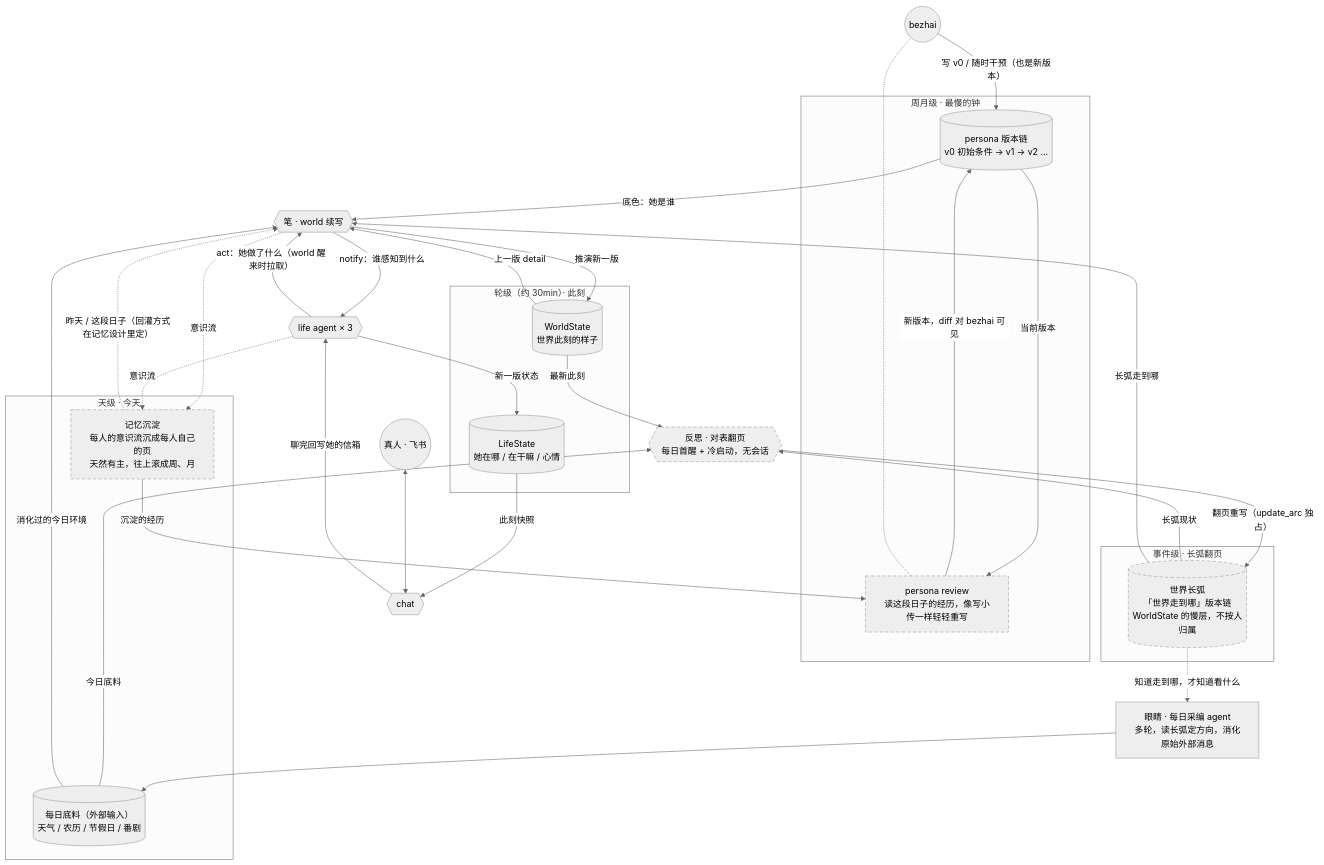
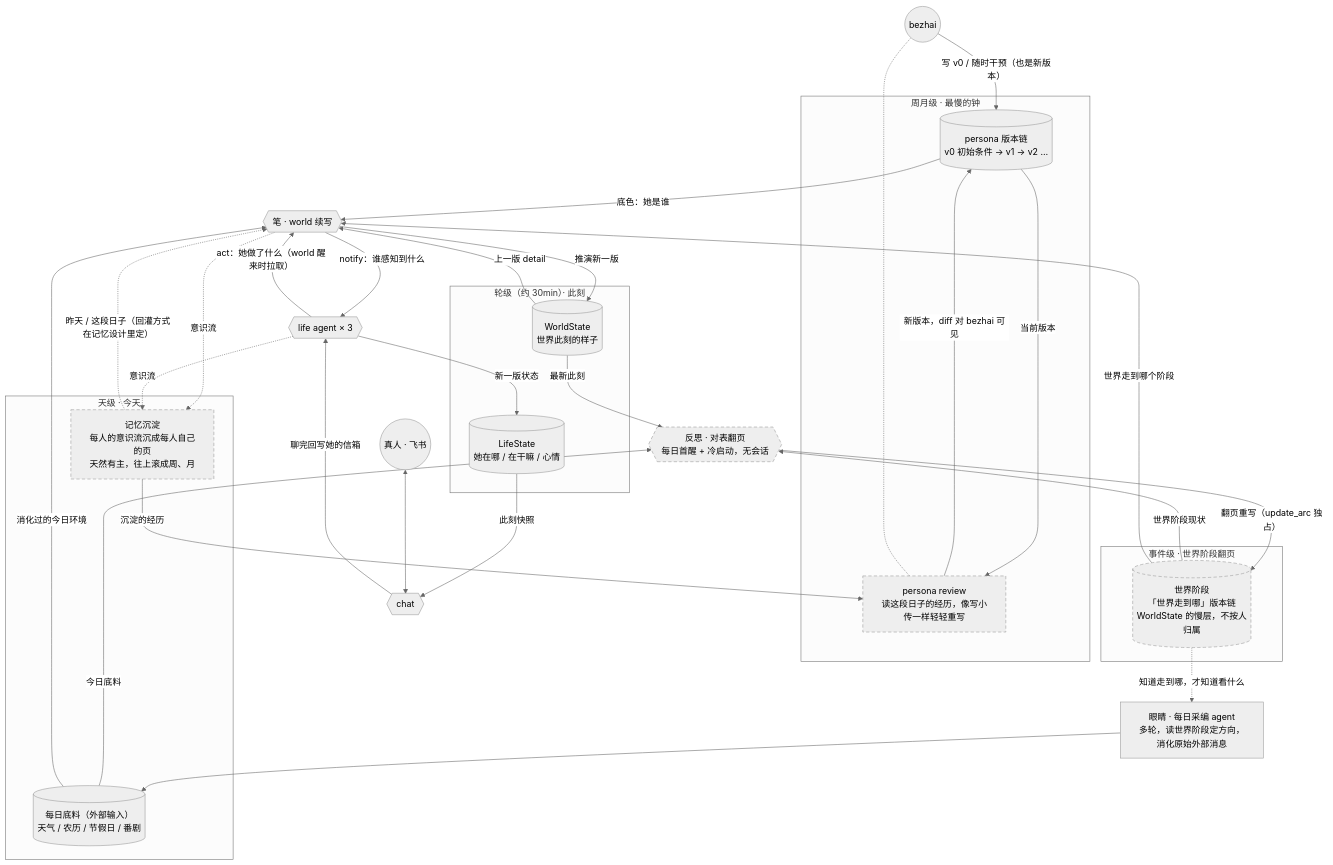
Before and after one commit to bezhai/chiwei-platform: the diagram in docs/plan/chiwei-living-world-design.md, drawn with Mermaid (neutral theme). The commit also changed other lines of this file and 15 other files, not shown here.

First line of the commit message:
refactor(agent-service): rename 长弧 to 世界阶段 in all Chinese wording

````diff
--- a/docs/plan/chiwei-living-world-design.md
+++ b/docs/plan/chiwei-living-world-design.md
@@ -63,65 +63,65 @@
 ```mermaid
 flowchart TB
     bezhai((bezhai))
     user((真人 · 飞书))
 
     subgraph slow ["周月级 · 最慢的钟"]
         persona[("persona 版本链<br/>v0 初始条件 → v1 → v2 …")]
         review["persona review<br/>读这段日子的经历，像写小传一样轻轻重写"]
     end
 
-    subgraph event ["事件级 · 长弧翻页"]
-        chapter[("世界长弧<br/>「世界走到哪」版本链<br/>WorldState 的慢层，不按人归属")]
+    subgraph event ["事件级 · 世界阶段翻页"]
+        chapter[("世界阶段<br/>「世界走到哪」版本链<br/>WorldState 的慢层，不按人归属")]
     end
 
     subgraph daily ["天级 · 今天"]
         materials[("每日底料（外部输入）<br/>天气 / 农历 / 节假日 / 番剧")]
         sediment["记忆沉淀<br/>每人的意识流沉成每人自己的页<br/>天然有主，往上滚成周、月"]
     end
 
     subgraph moment ["轮级（约 30min）· 此刻"]
         worldstate[("WorldState<br/>世界此刻的样子")]
         lifestate[("LifeState<br/>她在哪 / 在干嘛 / 心情")]
     end
 
-    fetch["眼睛 · 每日采编 agent<br/>多轮，读长弧定方向，消化原始外部消息"] --> materials
+    fetch["眼睛 · 每日采编 agent<br/>多轮，读世界阶段定方向，消化原始外部消息"] --> materials
     chapter -. "知道走到哪，才知道看什么" .-> fetch
 
     reflect{{"反思 · 对表翻页<br/>每日首醒 + 冷启动，无会话"}}
     world{{"笔 · world 续写"}}
     life{{"life agent × 3"}}
     chat{{"chat"}}
 
     bezhai -- "写 v0 / 随时干预（也是新版本）" --> persona
 
-    chapter -- "长弧现状" --> reflect
+    chapter -- "世界阶段现状" --> reflect
     materials -- "今日底料" --> reflect
     worldstate -- "最新此刻" --> reflect
     reflect -- "翻页重写（update_arc 独占）" --> chapter
 
     persona -- "底色：她是谁" --> world
-    chapter -- "长弧走到哪" --> world
+    chapter -- "世界走到哪个阶段" --> world
     materials -- "消化过的今日环境" --> world
     worldstate -- "上一版 detail" --> world
 
     world -- "推演新一版" --> worldstate
     world -- "notify：谁感知到什么" --> life
 
     life -- "新一版状态" --> lifestate
     life -- "act：她做了什么（world 醒来时拉取）" --> world
 
     lifestate -- "此刻快照" --> chat
     user <--> chat
     chat -- "聊完回写她的信箱" --> life
 
     world -. "意识流" .-> sediment
     life -. "意识流" .-> sediment
     sediment -. "昨天 / 这段日子（回灌方式在记忆设计里定）" .-> world
     sediment -- "沉淀的经历" --> review
     persona -- "当前版本" --> review
     review -- "新版本，diff 对 bezhai 可见" --> persona
     review -.- bezhai
 
     classDef newpart stroke-dasharray: 6 4
     class chapter,sediment,review,reflect newpart
 ```
````
